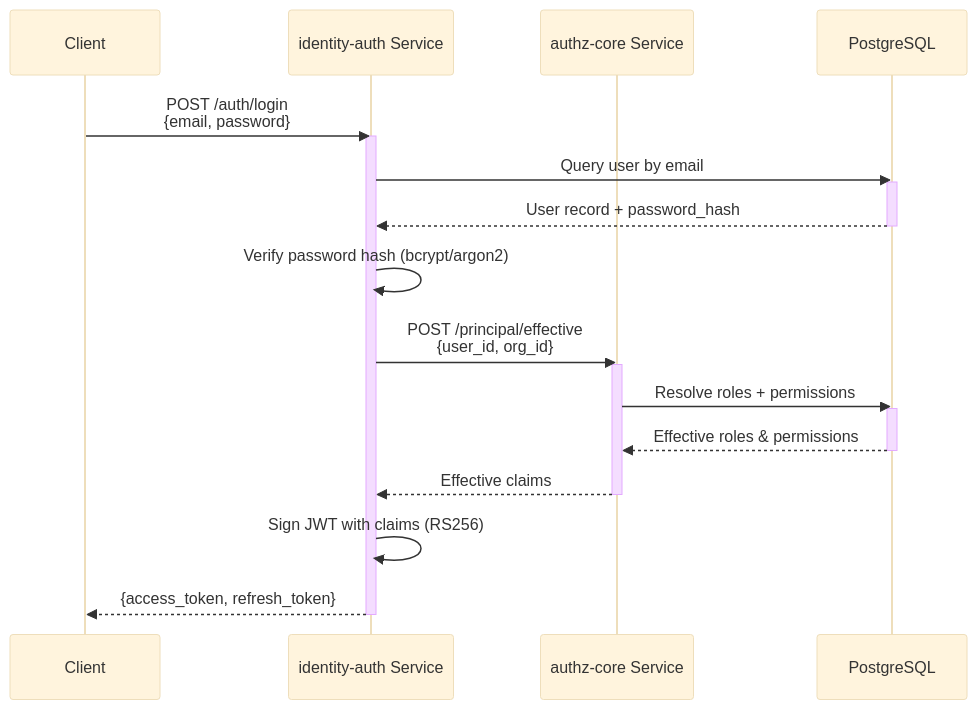
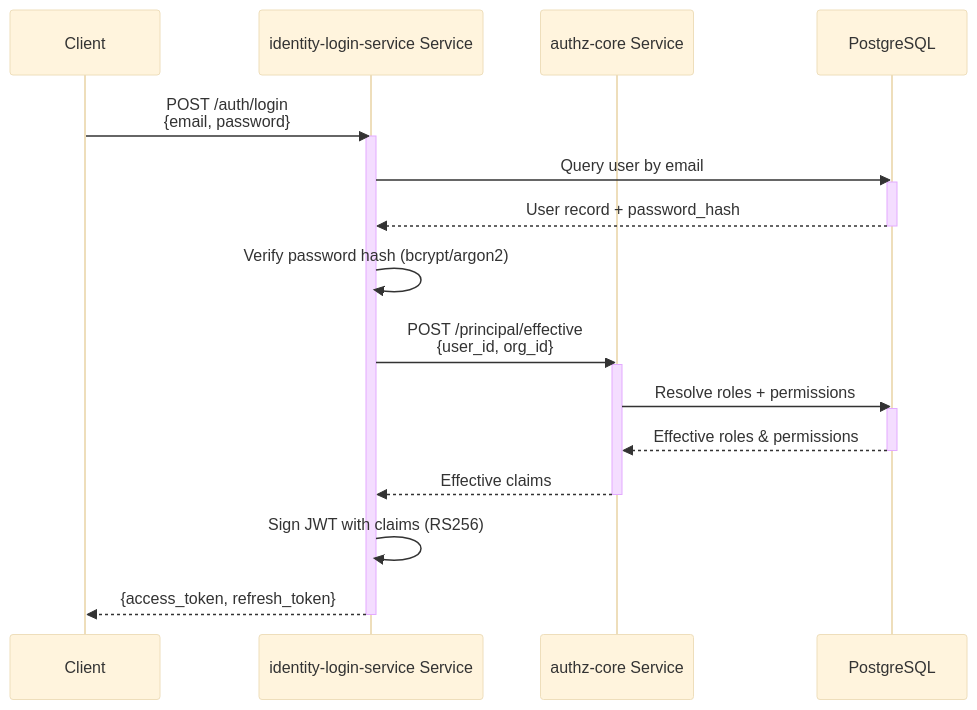
Before and after one commit to microscaler/sesame-idam: the ninth of 14 diagrams in docs/design-doc.md, drawn with Mermaid (base theme). The commit also changed other lines of this file and 7 other files, not shown here.

First line of the commit message:
docs: fix all stale architecture references — 4→6 services, identity-auth→real names

````diff
--- a/docs/design-doc.md
+++ b/docs/design-doc.md
@@ -900,25 +900,25 @@
 ```mermaid
 sequenceDiagram
     participant Client as Client
-    participant IA as identity-auth Service
+    participant IA as identity-login-service Service
     participant AC as authz-core Service
     participant PG as PostgreSQL
     Client->>IA: POST /auth/login<br/>{email, password}
     activate IA
     IA->>PG: Query user by email
     activate PG
     PG-->>IA: User record + password_hash
     deactivate PG
     IA->>IA: Verify password hash (bcrypt/argon2)
     IA->>AC: POST /principal/effective<br/>{user_id, org_id}
     activate AC
     AC->>PG: Resolve roles + permissions
     activate PG
     PG-->>AC: Effective roles & permissions
     deactivate PG
     AC-->>IA: Effective claims
     deactivate AC
     IA->>IA: Sign JWT with claims (RS256)
     IA-->>Client: {access_token, refresh_token}
     deactivate IA
 ```
````
